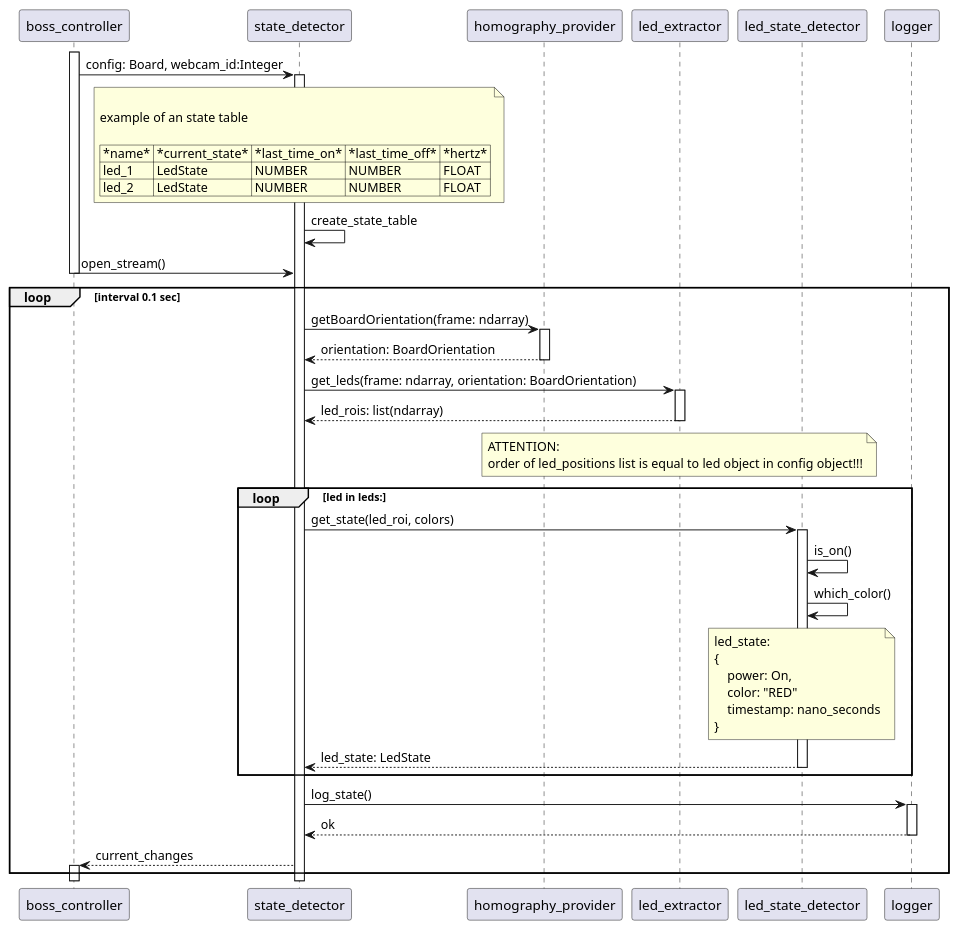
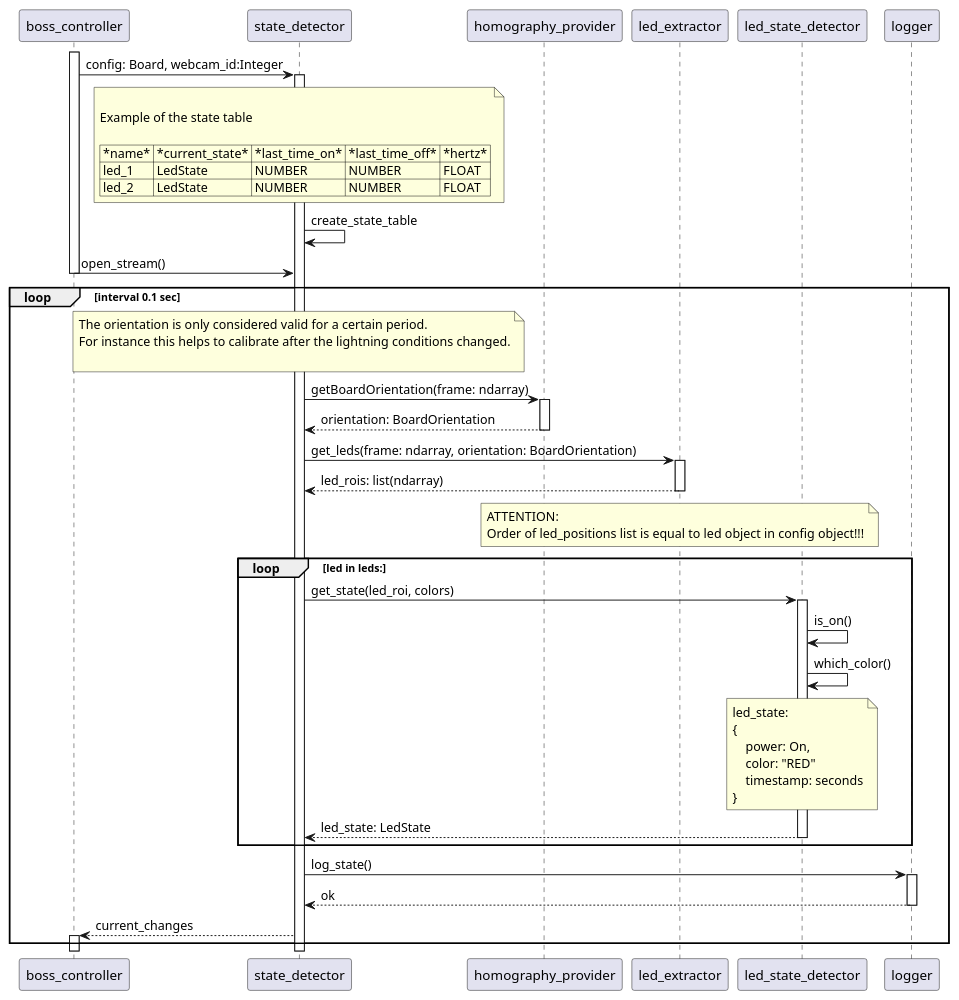
Before and after one commit to SE-Projekt-LED-Detection/LED-Detection: the diagram in docs/source/uml/State_Detector_Sequence.puml, drawn with PlantUML. The commit also changed 32 other files, not shown here.

```diff
--- a/docs/source/uml/State_Detector_Sequence.puml
+++ b/docs/source/uml/State_Detector_Sequence.puml
@@ -1,55 +1,60 @@
 @startuml
 activate boss_controller
 boss_controller -> state_detector: config: Board, webcam_id:Integer
 note over state_detector
 
-     example of an state table
+     Example of the state table
 
      | *name* | *current_state* | *last_time_on* | *last_time_off* | *hertz* |
      | led_1 | LedState | NUMBER | NUMBER | FLOAT |
      | led_2 | LedState | NUMBER | NUMBER | FLOAT |
 end note
 activate state_detector
 state_detector -> state_detector: create_state_table
 boss_controller -> state_detector: open_stream()
 deactivate boss_controller
 loop interval 0.1 sec
+    note over state_detector
+        The orientation is only considered valid for a certain period.
+        For instance this helps to calibrate after the lightning conditions changed.
+
+    end note
     state_detector -> homography_provider: getBoardOrientation(frame: ndarray)
     activate homography_provider
     homography_provider --> state_detector: orientation: BoardOrientation
     deactivate homography_provider
     state_detector -> led_extractor: get_leds(frame: ndarray, orientation: BoardOrientation)
     activate led_extractor
     led_extractor --> state_detector: led_rois: list(ndarray)
     deactivate led_extractor
     note over led_extractor
         ATTENTION: 
-        order of led_positions list is equal to led object in config object!!!
+        Order of led_positions list is equal to led object in config object!!!
     end note
     loop led in leds:
         state_detector -> led_state_detector: get_state(led_roi, colors)
         activate led_state_detector
         led_state_detector -> led_state_detector: is_on()
         led_state_detector -> led_state_detector: which_color()
         note over led_state_detector
             led_state: 
             {
                 power: On,
                 color: "RED"
-                timestamp: nano_seconds
+                timestamp: seconds
             }
         end note
         led_state_detector --> state_detector: led_state: LedState
         deactivate led_state_detector
     end
     state_detector -> logger: log_state()
     activate logger
     logger --> state_detector: ok
     deactivate logger
     state_detector --> boss_controller: current_changes
     activate boss_controller
 end
 
 
 
 @enduml
```
